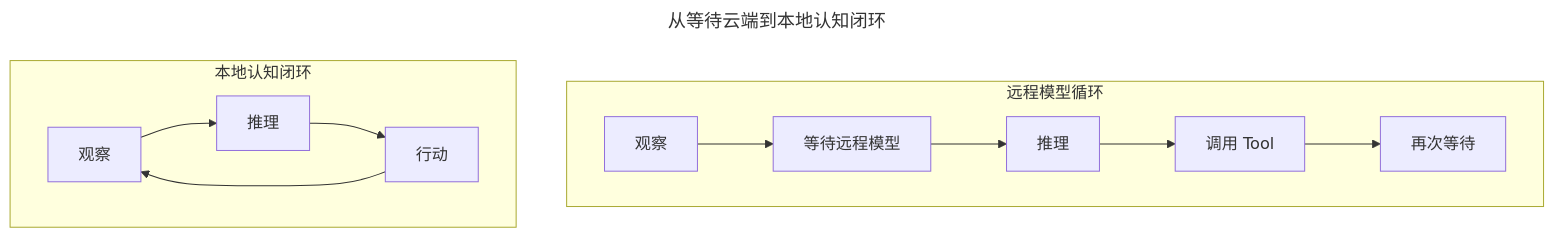
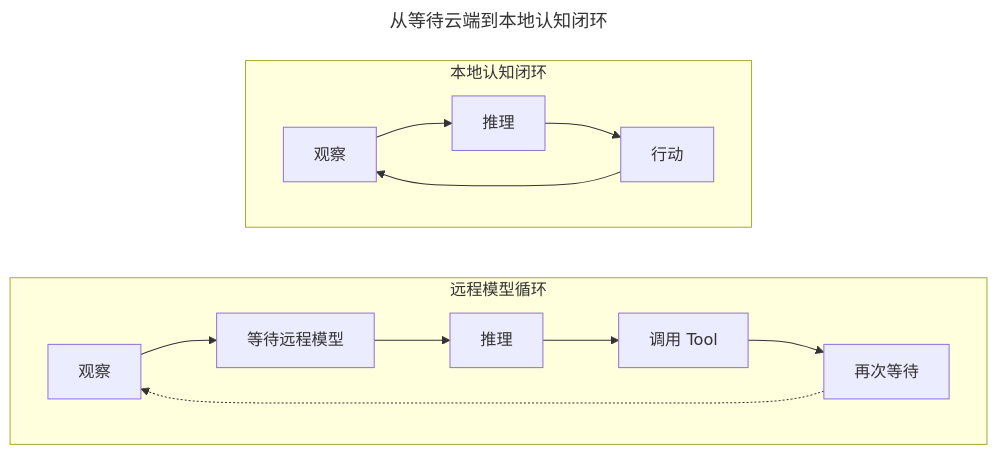
The fifth of 6 diagrams in src/content/posts/embodied-ai-as-agent-tools.md (YinsenWANG/YinsenWANG.github.io), drawn with Mermaid before and after one commit. The commit also changed other lines of this file and 2 other files, not shown here.

Commit message:
Polish Mermaid diagram design

````diff
--- a/src/content/posts/embodied-ai-as-agent-tools.md
+++ b/src/content/posts/embodied-ai-as-agent-tools.md
@@ -242,18 +269,24 @@
 ```mermaid
 ---
 title: 从等待云端到本地认知闭环
 ---
-flowchart TB
+flowchart LR
   subgraph Remote["远程模型循环"]
+    direction LR
     R1["观察"] --> R2["等待远程模型"]
     R2 --> R3["推理"]
     R3 --> R4["调用 Tool"]
     R4 --> R5["再次等待"]
+    R5 -.-> R1
   end
 
   subgraph LocalLoop["本地认知闭环"]
+    direction LR
     L1["观察"] --> L2["推理"]
     L2 --> L3["行动"]
     L3 --> L1
   end
+
+  class R1,R2,R3,R4,R5 remote
+  class L1,L2,L3 local
 ```
````
